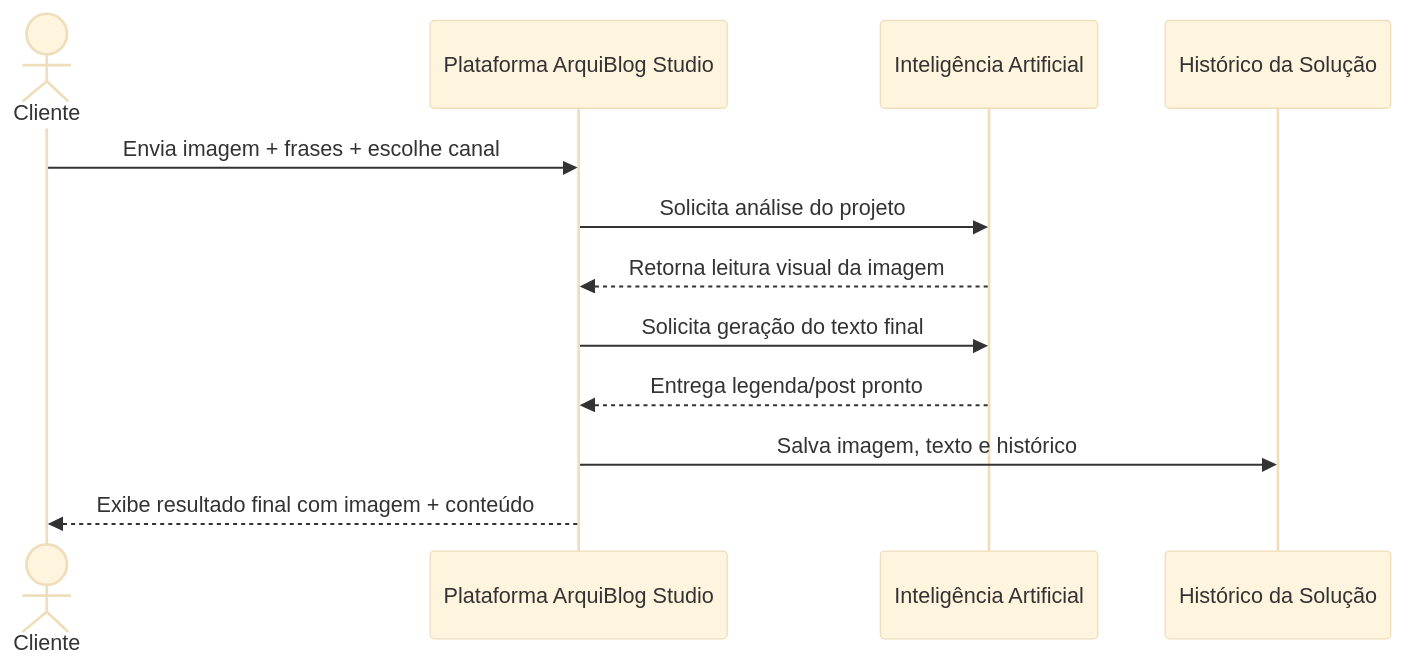
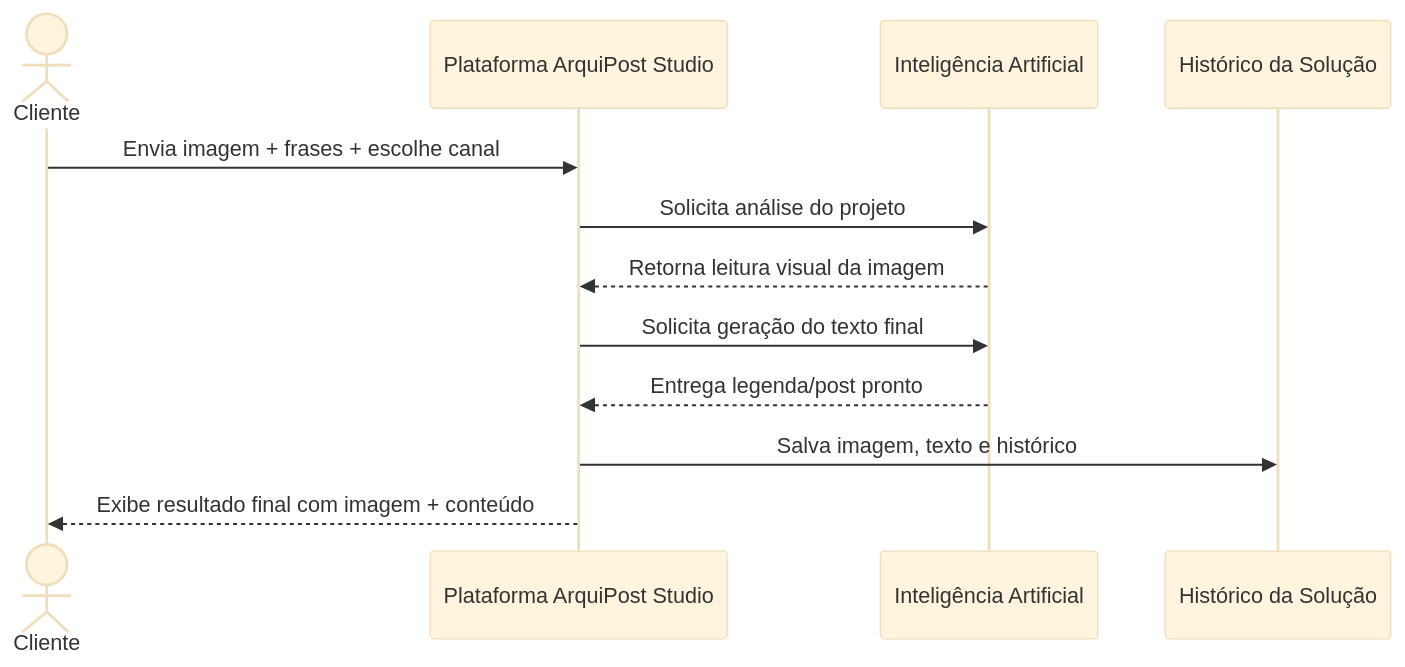
One commit to vinicius-mattoso/ArquiBlog changed the first of 2 diagrams in README.md. Above: the diagram before and after it, drawn with Mermaid (base theme). The commit also changed other lines of this file and 27 other files, not shown here.

````diff
--- a/README.md
+++ b/README.md
@@ -105,15 +152,15 @@
 ```mermaid
 sequenceDiagram
     actor Usuario as Cliente
-    participant Tela as Plataforma ArquiBlog Studio
+    participant Tela as Plataforma ArquiPost Studio
     participant IA as Inteligência Artificial
     participant Arquivos as Histórico da Solução
 
     Usuario->>Tela: Envia imagem + frases + escolhe canal
     Tela->>IA: Solicita análise do projeto
     IA-->>Tela: Retorna leitura visual da imagem
     Tela->>IA: Solicita geração do texto final
     IA-->>Tela: Entrega legenda/post pronto
     Tela->>Arquivos: Salva imagem, texto e histórico
     Tela-->>Usuario: Exibe resultado final com imagem + conteúdo
 ```
````
